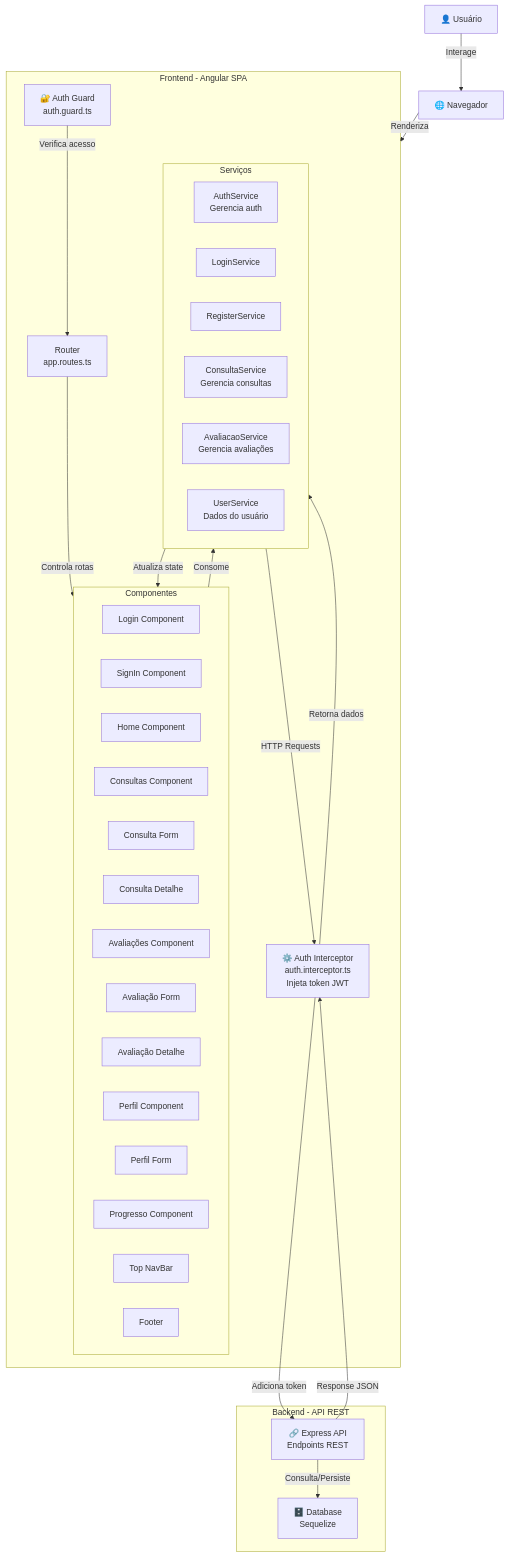
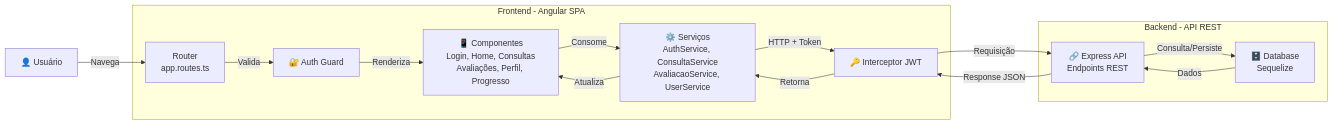
Before and after one commit to guilherme-henrique-silva/projeto-integrador-1: the diagram in README.md, drawn with Mermaid.

Commit message:
chore: refatora diagramacao arquitetural

````diff
--- a/README.md
+++ b/README.md
@@ -18,55 +18,32 @@
 ```mermaid
-graph TB
+graph LR
     User["👤 Usuário"]
-    Browser["🌐 Navegador"]
     
     subgraph Frontend["Frontend - Angular SPA"]
         Router["Router<br/>app.routes.ts"]
-        Auth["🔐 Auth Guard<br/>auth.guard.ts"]
+        Auth["🔐 Auth Guard"]
         
-        subgraph Components["Componentes"]
-            Login["Login Component"]
-            Signin["SignIn Component"]
-            Home["Home Component"]
-            Consultas["Consultas Component"]
-            ConsultaForm["Consulta Form"]
-            ConsultaDetalhe["Consulta Detalhe"]
-            Avaliacoes["Avaliações Component"]
-            AvaliacaoForm["Avaliação Form"]
-            AvaliacaoDetalhe["Avaliação Detalhe"]
-            Perfil["Perfil Component"]
-            PerfilForm["Perfil Form"]
-            Progresso["Progresso Component"]
-            TopNav["Top NavBar"]
-            Footer["Footer"]
-        end
+        Components["📱 Componentes<br/>Login, Home, Consultas<br/>Avaliações, Perfil, Progresso"]
         
-        subgraph Services["Serviços"]
-            AuthService["AuthService<br/>Gerencia auth"]
-            LoginService["LoginService"]
-            RegisterService["RegisterService"]
-            ConsultaService["ConsultaService<br/>Gerencia consultas"]
-            AvaliacaoService["AvaliacaoService<br/>Gerencia avaliações"]
-            UserService["UserService<br/>Dados do usuário"]
-        end
+        Services["⚙️ Serviços<br/>AuthService, ConsultaService<br/>AvaliacaoService, UserService"]
         
-        Interceptor["⚙️ Auth Interceptor<br/>auth.interceptor.ts<br/>Injeta token JWT"]
+        Interceptor["🔑 Interceptor JWT"]
     end
     
     subgraph Backend["Backend - API REST"]
         API["🔗 Express API<br/>Endpoints REST"]
         DB["🗄️ Database<br/>Sequelize"]
     end
     
-    User -->|Interage| Browser
-    Browser -->|Renderiza| Frontend
-    Router -->|Controla rotas| Components
-    Auth -->|Verifica acesso| Router
+    User -->|Navega| Router
+    Router -->|Valida| Auth
+    Auth -->|Renderiza| Components
     Components -->|Consome| Services
-    Services -->|HTTP Requests| Interceptor
-    Interceptor -->|Adiciona token| API
+    Services -->|HTTP + Token| Interceptor
+    Interceptor -->|Requisição| API
     API -->|Consulta/Persiste| DB
+    DB -->|Dados| API
     API -->|Response JSON| Interceptor
-    Interceptor -->|Retorna dados| Services
-    Services -->|Atualiza state| Components
+    Interceptor -->|Retorna| Services
+    Services -->|Atualiza| Components
 ```
````
